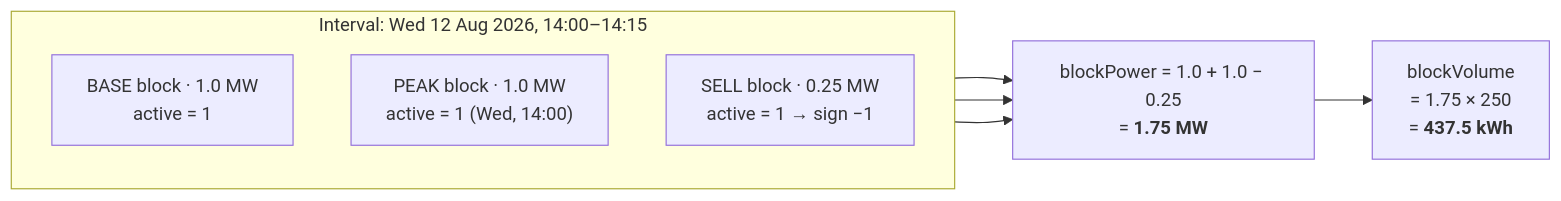
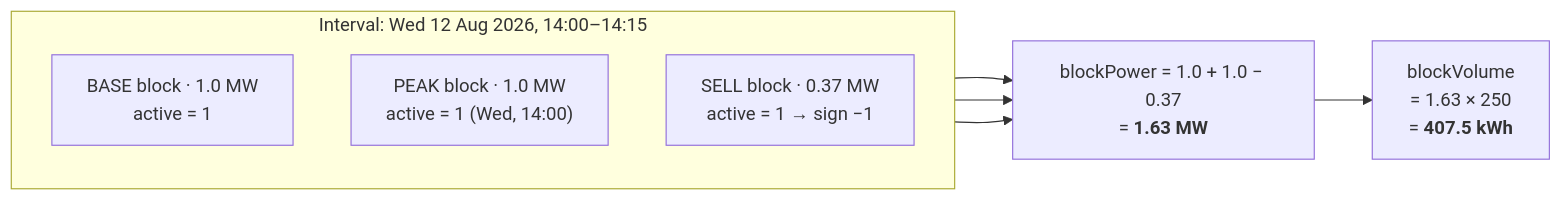
Before and after one commit to lukastosic-ifd/peakpowerspecs: the diagram in specs/50-calculations/02-position-and-coverage.md, drawn with Mermaid. The commit also changed other lines of this file and 66 other files, not shown here.

````diff
--- a/specs/50-calculations/02-position-and-coverage.md
+++ b/specs/50-calculations/02-position-and-coverage.md
@@ -91,13 +136,13 @@
 ```mermaid
 flowchart LR
     subgraph interval["Interval: Wed 12 Aug 2026, 14:00–14:15"]
         direction TB
         B["BASE block · 1.0 MW<br/>active = 1"]
         P["PEAK block · 1.0 MW<br/>active = 1 (Wed, 14:00)"]
-        S["SELL block · 0.25 MW<br/>active = 1 → sign −1"]
+        S["SELL block · 0.37 MW<br/>active = 1 → sign −1"]
     end
     B --> SUM
     P --> SUM
     S --> SUM
-    SUM["blockPower = 1.0 + 1.0 − 0.25<br/>= <b>1.75 MW</b>"] --> V["blockVolume<br/>= 1.75 × 250<br/>= <b>437.5 kWh</b>"]
+    SUM["blockPower = 1.0 + 1.0 − 0.37<br/>= <b>1.63 MW</b>"] --> V["blockVolume<br/>= 1.63 × 250<br/>= <b>407.5 kWh</b>"]
 ```
````
